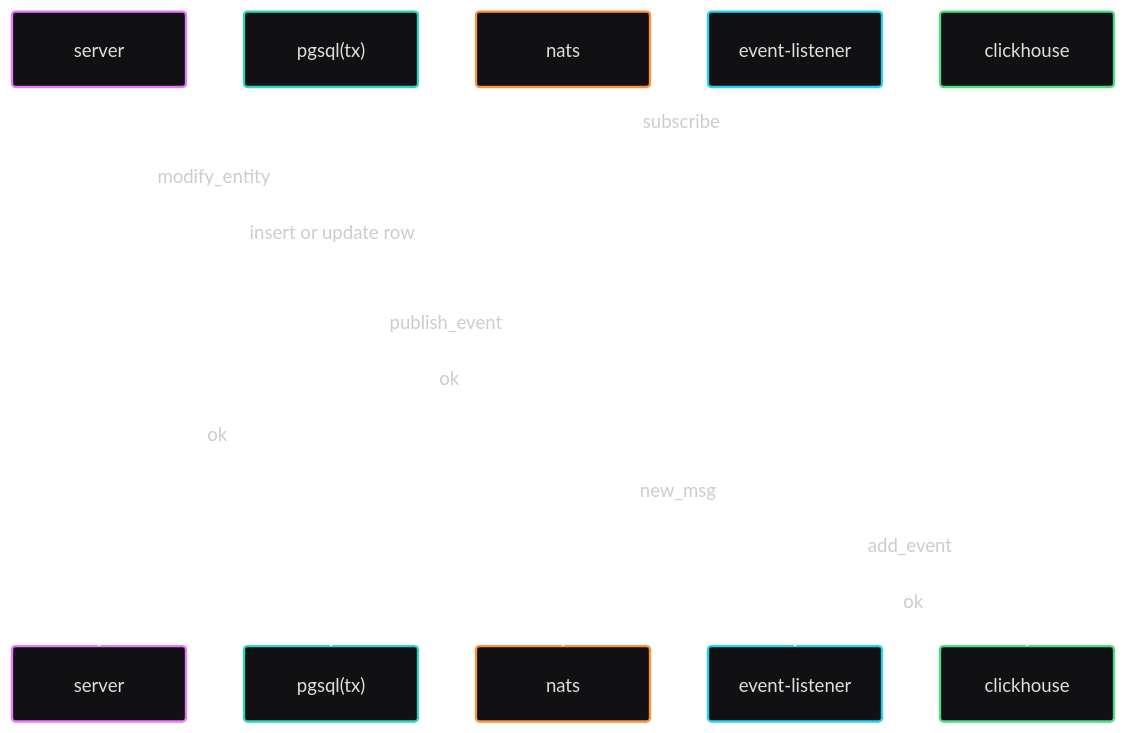
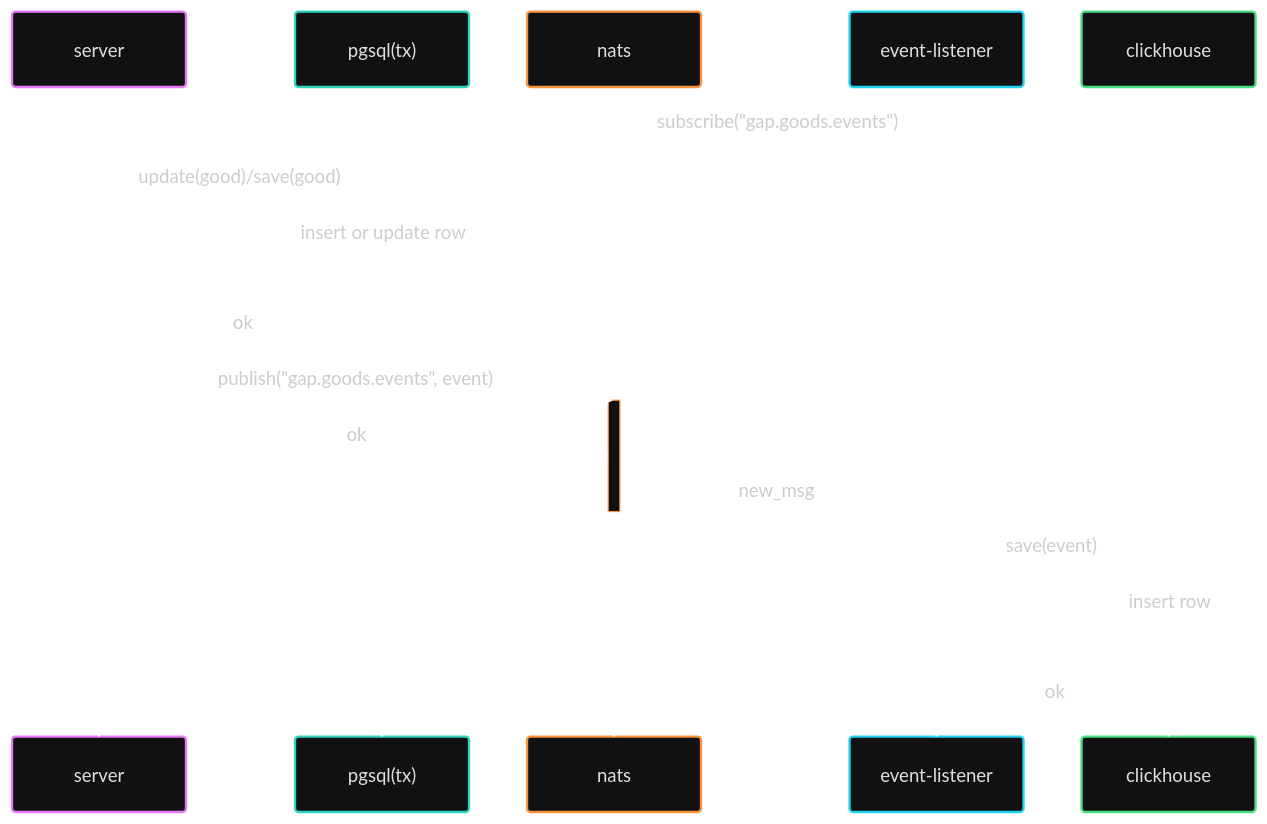
One commit to dsaime/goods-and-projects changed the diagram in README.md. Above: the diagram before and after it, drawn with Mermaid. The commit also changed other lines of this file, not shown here.

Commit message:
пункт с неким todo

````diff
--- a/README.md
+++ b/README.md
@@ -35,23 +35,26 @@
 ```mermaid
 ---
 config:
   look: classic
   theme: redux-dark-color
 ---
 sequenceDiagram
     participant P4 as server
     participant P5 as pgsql(tx)
     participant P1 as nats
     participant P2 as event-listener
     participant P3 as clickhouse
-    P2 ->> P1: subscribe
-    P4 ->> P5: modify_entity
+    P2 ->> P1: subscribe("gap.goods.events")
+    P4 ->> P5: update(good)/save(good)
     P5 ->> P5: insert or update row
-    P5 ->> P1: publish_event
-    P1 -->> P5: ok
     P5 -->> P4: ok
+    P4 ->> P1: publish("gap.goods.events", event)
+    activate P1
+    P1 -->> P4: ok
     P1 -->> P2: new_msg
-    P2 ->> P3: add_event
+    deactivate P1
+    P2 ->> P3: save(event)
+    P3 ->> P3: insert row
     P3 -->> P2: ok
 
 ```
````
